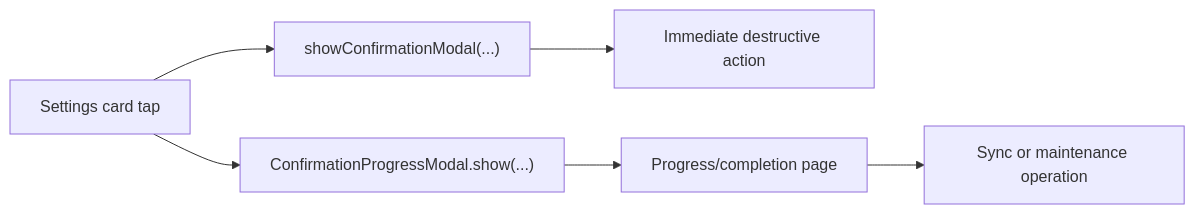
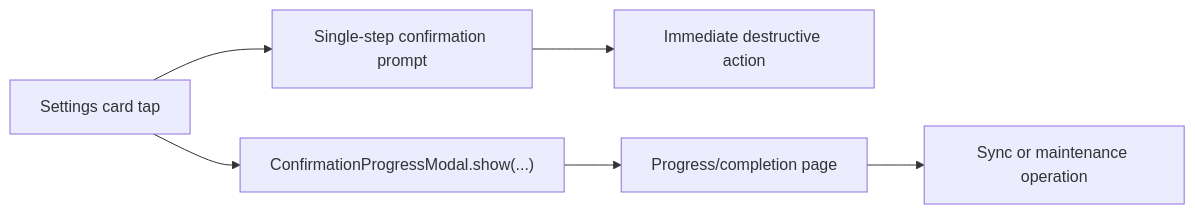
The fifth of 5 diagrams in lib/features/settings/README.md (matthiasn/lotti), drawn with Mermaid before and after one commit. The commit also changed other lines of this file and 43 other files, not shown here.

````diff
--- a/lib/features/settings/README.md
+++ b/lib/features/settings/README.md
@@ -325,9 +361,9 @@
 ```mermaid
 flowchart LR
-  Card["Settings card tap"] --> Confirm["showConfirmationModal(...)"]
+  Card["Settings card tap"] --> Confirm["Single-step confirmation prompt"]
   Confirm --> Action["Immediate destructive action"]
 
   Card --> MultiStep["ConfirmationProgressModal.show(...)"]
   MultiStep --> Progress["Progress/completion page"]
   Progress --> Service["Sync or maintenance operation"]
 ```
````
